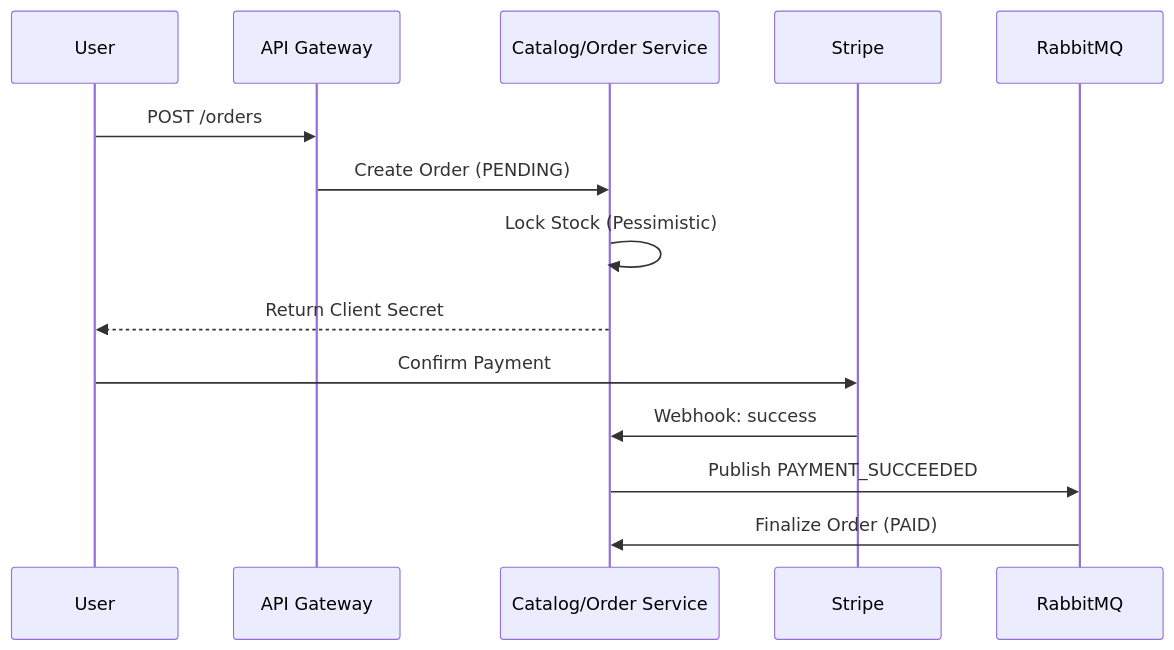
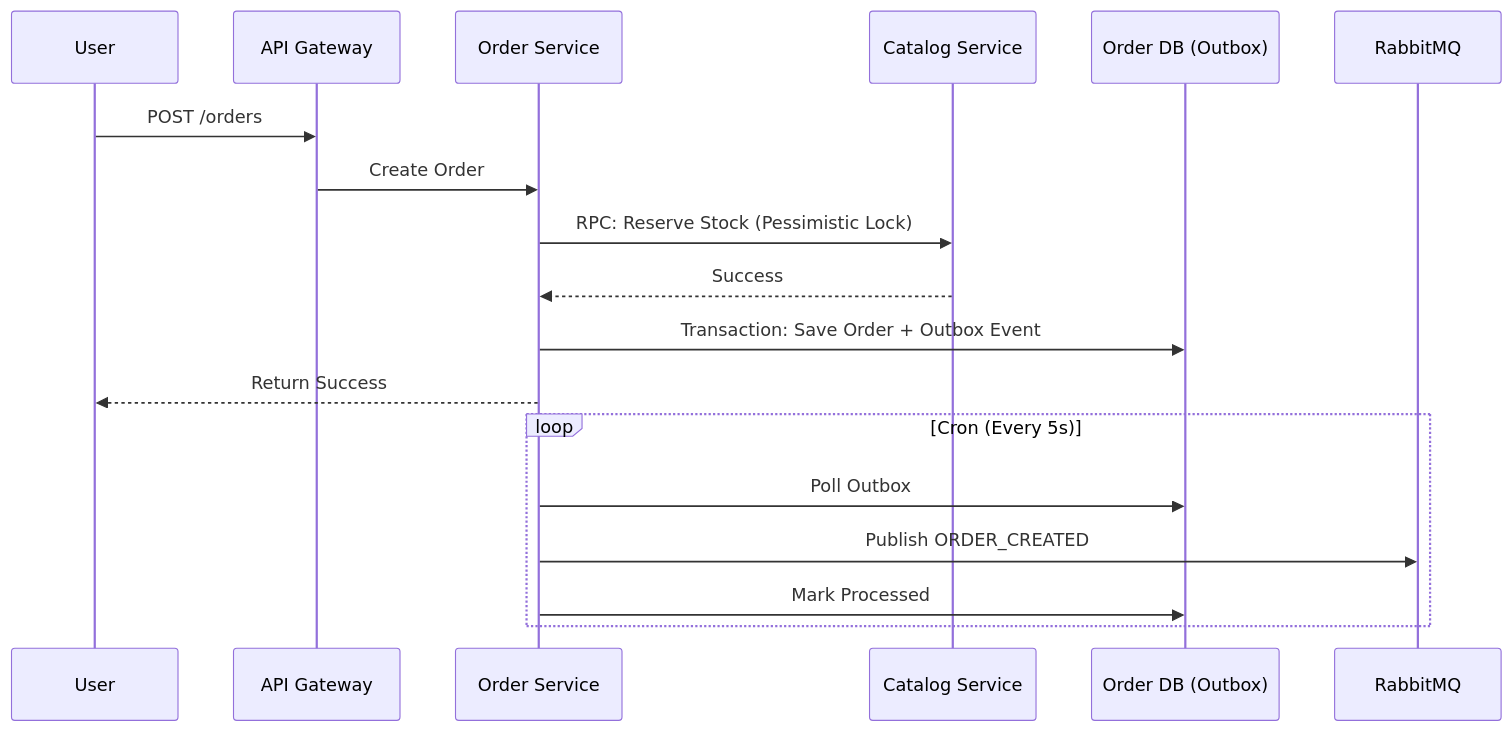
Before and after one commit to AmitxParmar/modular-mart-microservices: the second of 2 diagrams in README.md, drawn with Mermaid. The commit also changed other lines of this file and 47 other files, not shown here.

First line of the commit message:
refactor(order-service): rename catalog-order-service to order-service & implement idempotency

````diff
--- a/README.md
+++ b/README.md
@@ -71,18 +82,22 @@
 ```mermaid
 sequenceDiagram
     participant U as User
     participant Gateway as API Gateway
-    participant Order as Catalog/Order Service
-    participant Stripe as Stripe
+    participant Order as Order Service
+    participant Catalog as Catalog Service
+    participant DB as Order DB (Outbox)
     participant RMQ as RabbitMQ
 
     U->>Gateway: POST /orders
-    Gateway->>Order: Create Order (PENDING)
-    Order->>Order: Lock Stock (Pessimistic)
-    Order-->>U: Return Client Secret
+    Gateway->>Order: Create Order
+    Order->>Catalog: RPC: Reserve Stock (Pessimistic Lock)
+    Catalog-->>Order: Success
+    Order->>DB: Transaction: Save Order + Outbox Event
+    Order-->>U: Return Success
     
-    U->>Stripe: Confirm Payment
-    Stripe->>Order: Webhook: success
-    Order->>RMQ: Publish PAYMENT_SUCCEEDED
-    RMQ->>Order: Finalize Order (PAID)
+    loop Cron (Every 5s)
+        Order->>DB: Poll Outbox
+        Order->>RMQ: Publish ORDER_CREATED
+        Order->>DB: Mark Processed
+    end
 ```
````
